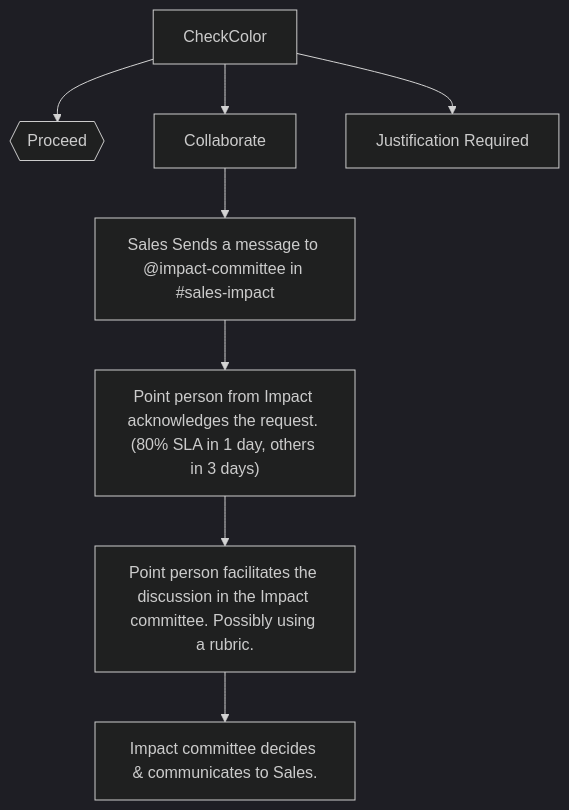
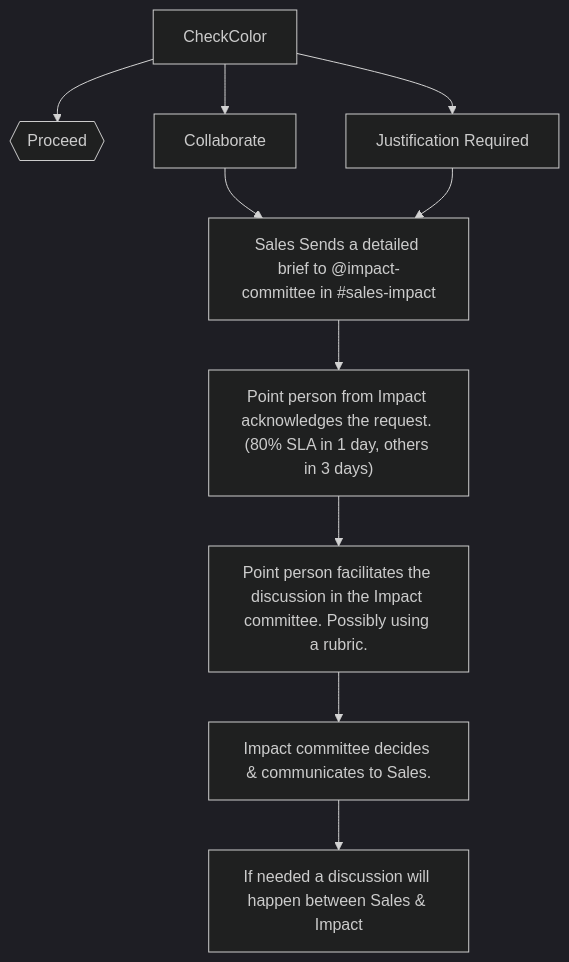
The first of 3 diagrams in impact2.md (mgifford/mermaid-graphs), drawn with Mermaid (dark theme) before and after one commit.

Commit message:
more ideas

````diff
--- a/impact2.md
+++ b/impact2.md
@@ -7,10 +7,13 @@
 ```mermaid
 graph TD
     CheckColor-->IsGreen{{Proceed}};
     CheckColor-->isYellow[Collaborate];
     CheckColor-->isJustificationRequired["Justification Required"];
     isYellow-->salesAlertsImpacts["Sales Sends a message to @impact-committee in #sales-impact"];
    salesAlertsImpacts-->ImpactResponds["Point person from Impact acknowledges the request. (80% SLA in 1 day, others in 3 days)"];
    ImpactResponds-->ImpactDiscusses["Point person facilitates the discussion in the Impact committee. Possibly using a rubric."];
   ImpactDiscusses-->Decision["Impact committee decides & communicates to Sales."];
+  Decision-->Discussion["If needed a discussion will happen between Sales & Impact"];
+
+  isJustificationRequired-->salesAlertsImpacts["Sales Sends a detailed brief to @impact-committee in #sales-impact"];
 ```
````
